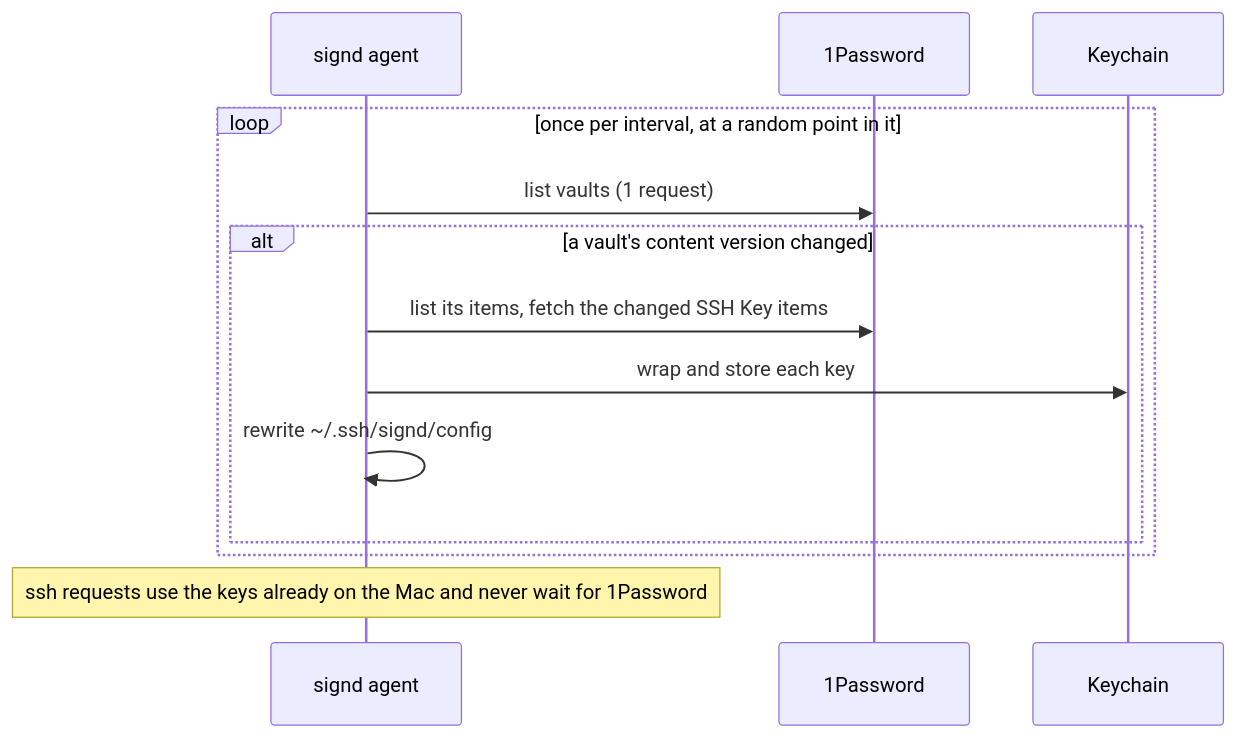
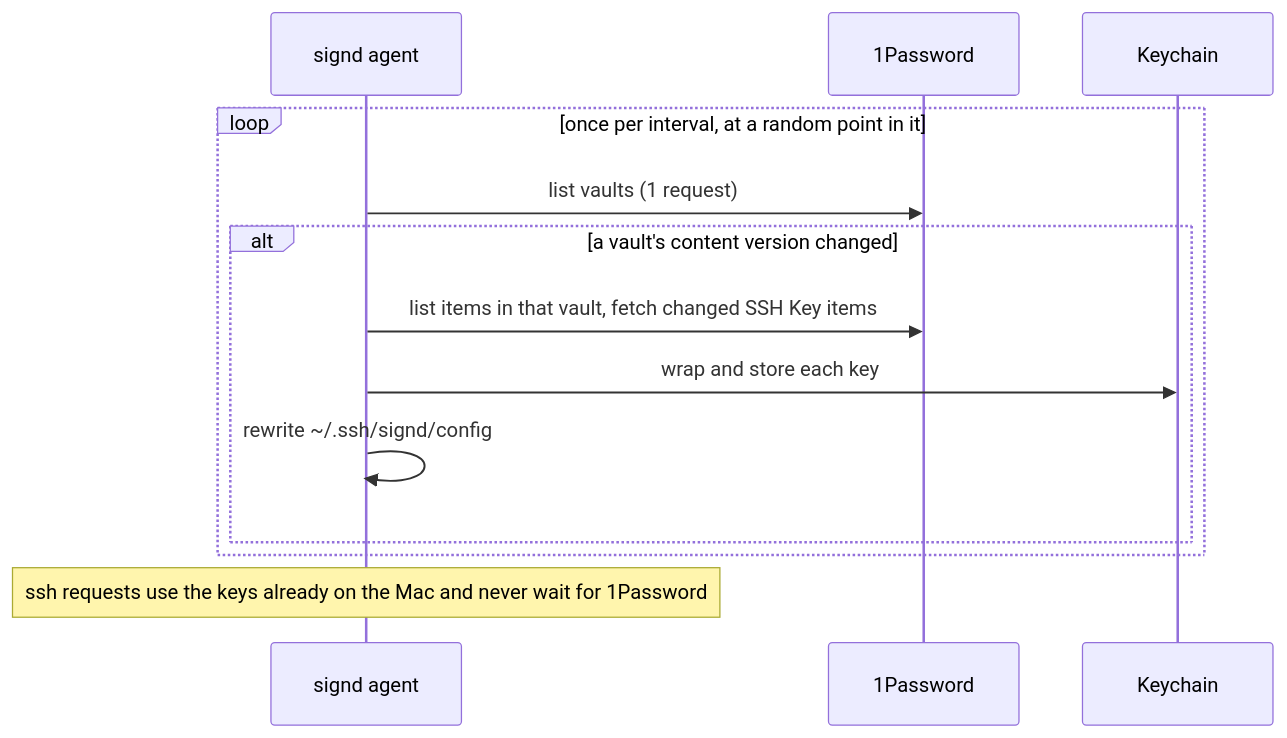
The third of 3 diagrams in README.md (victor-software-house/keychain-agent), drawn with Mermaid before and after one commit. The commit also changed other lines of this file, not shown here.

````diff
--- a/README.md
+++ b/README.md
@@ -83,15 +83,15 @@
 ```mermaid
 sequenceDiagram
   participant A as signd agent
   participant O as 1Password
   participant K as Keychain
   loop once per interval, at a random point in it
     A->>O: list vaults (1 request)
     alt a vault's content version changed
-      A->>O: list its items, fetch the changed SSH Key items
+      A->>O: list items in that vault, fetch changed SSH Key items
       A->>K: wrap and store each key
       A->>A: rewrite ~/.ssh/signd/config
     end
   end
   Note over A: ssh requests use the keys already on the Mac and never wait for 1Password
 ```
````
